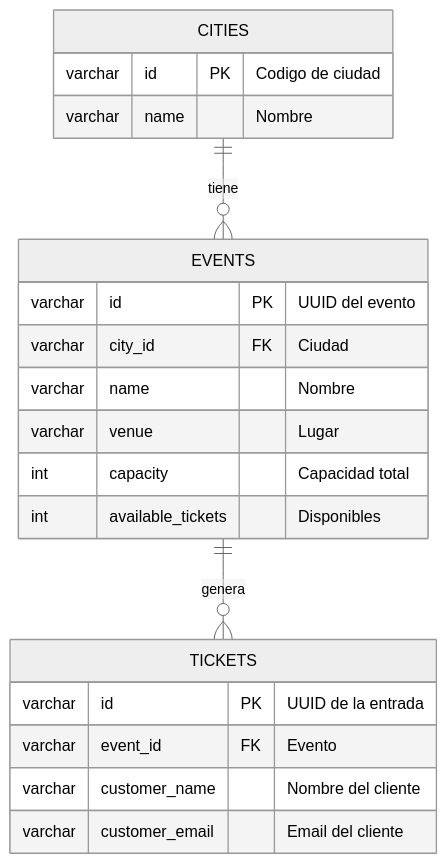
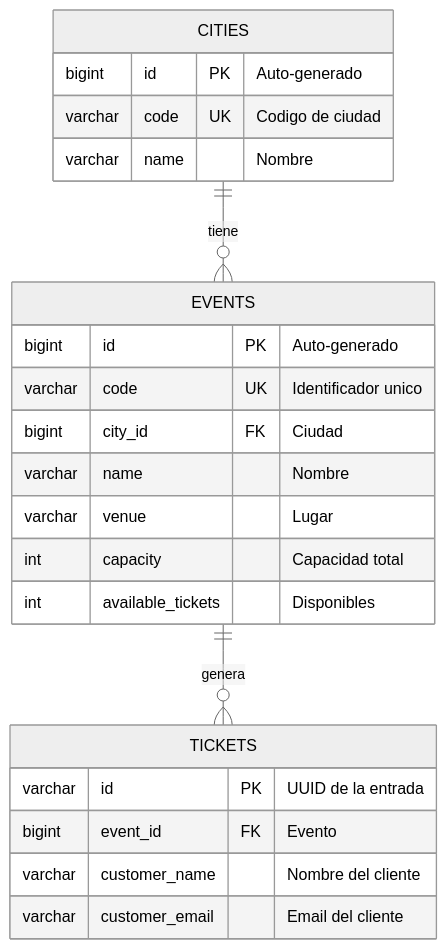
Before and after one commit to pablocelva/hito4-backend-spring-boot: the diagram in README.md, drawn with Mermaid (neutral theme). The commit also changed other lines of this file and 6 other files, not shown here.

````diff
--- a/README.md
+++ b/README.md
@@ -286,23 +366,25 @@
 ```mermaid
 erDiagram
     CITIES {
-        varchar id PK "Codigo de ciudad"
+        bigint id PK "Auto-generado"
+        varchar code UK "Codigo de ciudad"
         varchar name "Nombre"
     }
     EVENTS {
-        varchar id PK "UUID del evento"
-        varchar city_id FK "Ciudad"
+        bigint id PK "Auto-generado"
+        varchar code UK "Identificador unico"
+        bigint city_id FK "Ciudad"
         varchar name "Nombre"
         varchar venue "Lugar"
         int capacity "Capacidad total"
         int available_tickets "Disponibles"
     }
     TICKETS {
         varchar id PK "UUID de la entrada"
-        varchar event_id FK "Evento"
+        bigint event_id FK "Evento"
         varchar customer_name "Nombre del cliente"
         varchar customer_email "Email del cliente"
     }
     CITIES ||--o{ EVENTS : "tiene"
     EVENTS ||--o{ TICKETS : "genera"
 ```
````
